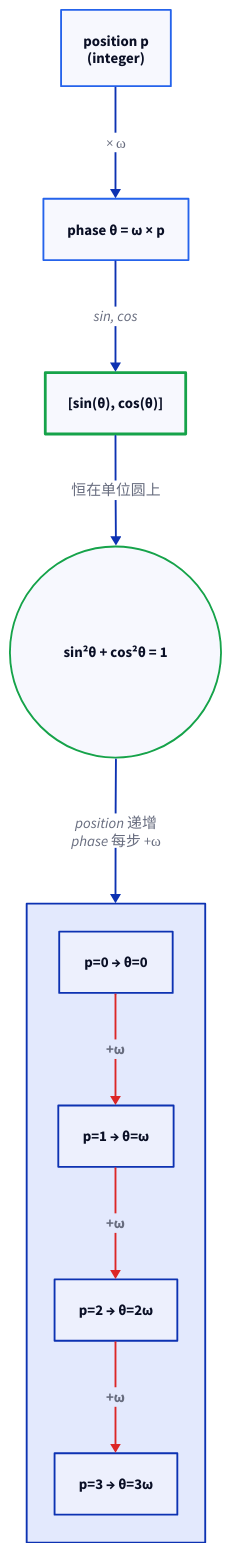
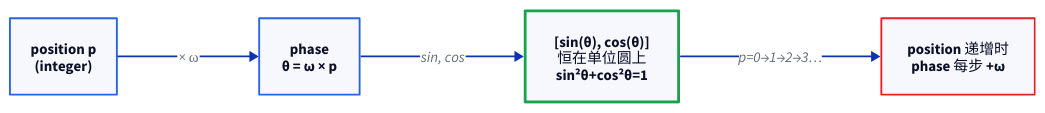
The diagram in images/sinusoidal-positional-encoding/unit-circle-phase.d2 (111qqz/111qqz.github.io), drawn with D2 before and after one commit. The commit also changed 4047 other files, not shown here.

First line of the commit message:
fix: 修复 D2 配图比例问题——放宽 CSS max-height 并重排 24 个极端纵横比图表

```diff
--- a/images/sinusoidal-positional-encoding/unit-circle-phase.d2
+++ b/images/sinusoidal-positional-encoding/unit-circle-phase.d2
@@ -1,39 +1,25 @@
-direction: down
+direction: right
 
-p: "position  p\n(integer)" {
+p: "position p\n(integer)" {
   style.stroke: "#2563eb"
   style.bold: true
 }
 
-theta: "phase  θ = ω × p" {
+theta: "phase\nθ = ω × p" {
   style.stroke: "#2563eb"
 }
 
-vec: "[sin(θ), cos(θ)]" {
+vec: "[sin(θ), cos(θ)]\n恒在单位圆上\nsin²θ+cos²θ=1" {
   style.stroke: "#16a34a"
   style.bold: true
   style.stroke-width: 3
 }
 
-circle: "sin²θ + cos²θ = 1" {
-  shape: circle
-  style.stroke: "#16a34a"
-}
-
-seq: {
-  label: ""
-
-  p0: "p=0  →  θ=0"
-  p1: "p=1  →  θ=ω"
-  p2: "p=2  →  θ=2ω"
-  p3: "p=3  →  θ=3ω"
-
-  p0 -> p1: "+ω" {style.stroke: "#dc2626"; style.bold: true}
-  p1 -> p2: "+ω" {style.stroke: "#dc2626"; style.bold: true}
-  p2 -> p3: "+ω" {style.stroke: "#dc2626"; style.bold: true}
+seq: "position 递增时\nphase 每步 +ω" {
+  style.stroke: "#dc2626"
+  style.bold: true
 }
 
 p -> theta: "× ω"
 theta -> vec: "sin, cos"
-vec -> circle: "恒在单位圆上"
-circle -> seq: "position 递增\nphase 每步 +ω"
+vec -> seq: "p=0→1→2→3…"
```
